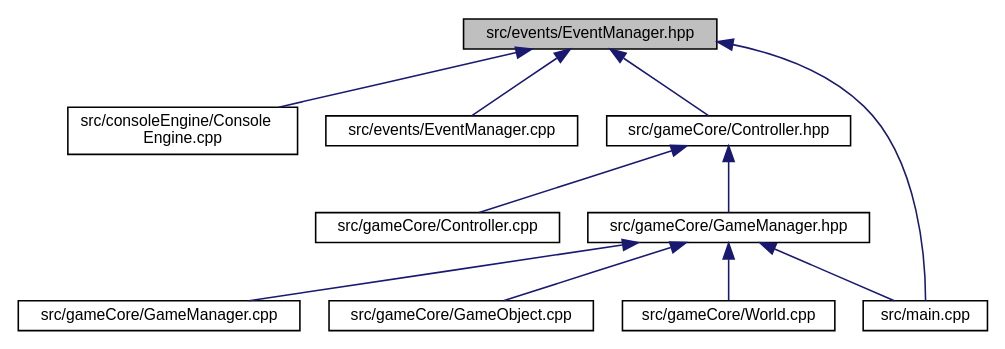
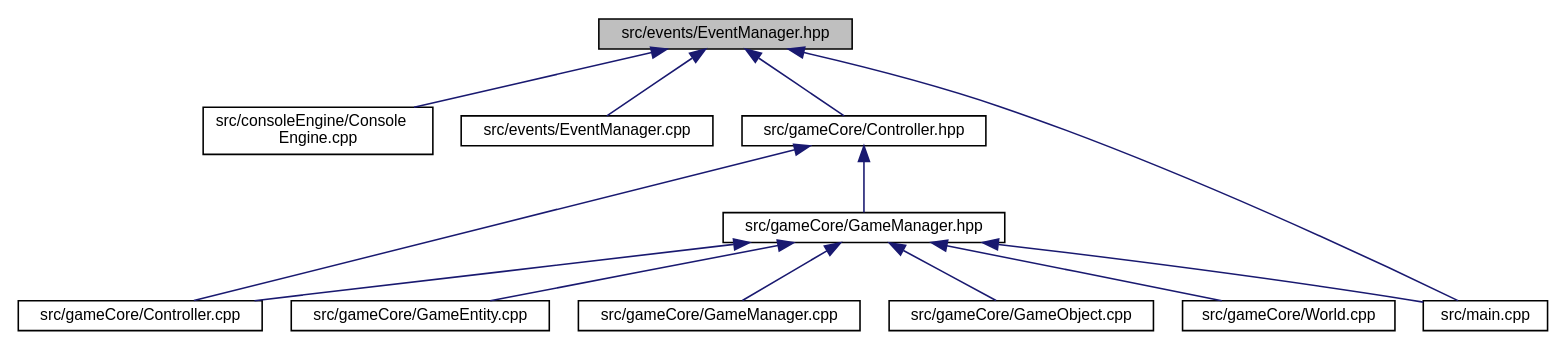
One commit to Wisteca/FilRougeDoc changed the diagram in _event_manager_8hpp__dep__incl.dot. Above: the diagram before and after it, drawn with Graphviz. The commit also changed 258 other files, not shown here.

```diff
--- a/_event_manager_8hpp__dep__incl.dot
+++ b/_event_manager_8hpp__dep__incl.dot
@@ -1,26 +1,29 @@
 digraph "src/events/EventManager.hpp"
 {
  // LATEX_PDF_SIZE
   edge [fontname="Helvetica",fontsize="10",labelfontname="Helvetica",labelfontsize="10"];
   node [fontname="Helvetica",fontsize="10",shape=record];
   Node1 [label="src/events/EventManager.hpp",height=0.2,width=0.4,color="black", fillcolor="grey75", style="filled", fontcolor="black",tooltip="Singleton that manages events processing."];
   Node1 -> Node2 [dir="back",color="midnightblue",fontsize="10",style="solid",fontname="Helvetica"];
   Node2 [label="src/consoleEngine/Console\lEngine.cpp",height=0.2,width=0.4,color="black", fillcolor="white", style="filled",URL="$_console_engine_8cpp.html",tooltip="Display really basic graphics in the console."];
   Node1 -> Node3 [dir="back",color="midnightblue",fontsize="10",style="solid",fontname="Helvetica"];
   Node3 [label="src/events/EventManager.cpp",height=0.2,width=0.4,color="black", fillcolor="white", style="filled",URL="$_event_manager_8cpp.html",tooltip="Implementation of EventManager class."];
   Node1 -> Node4 [dir="back",color="midnightblue",fontsize="10",style="solid",fontname="Helvetica"];
   Node4 [label="src/gameCore/Controller.hpp",height=0.2,width=0.4,color="black", fillcolor="white", style="filled",URL="$_controller_8hpp.html",tooltip="Controllers defines behaviors of GameObjects."];
   Node4 -> Node5 [dir="back",color="midnightblue",fontsize="10",style="solid",fontname="Helvetica"];
   Node5 [label="src/gameCore/Controller.cpp",height=0.2,width=0.4,color="black", fillcolor="white", style="filled",URL="$_controller_8cpp.html",tooltip="Controllers defines behaviors of GameObjects."];
   Node4 -> Node6 [dir="back",color="midnightblue",fontsize="10",style="solid",fontname="Helvetica"];
   Node6 [label="src/gameCore/GameManager.hpp",height=0.2,width=0.4,color="black", fillcolor="white", style="filled",URL="$_game_manager_8hpp.html",tooltip="Singleton that manage the game progress."];
+  Node6 -> Node5 [dir="back",color="midnightblue",fontsize="10",style="solid",fontname="Helvetica"];
   Node6 -> Node7 [dir="back",color="midnightblue",fontsize="10",style="solid",fontname="Helvetica"];
-  Node7 [label="src/gameCore/GameManager.cpp",height=0.2,width=0.4,color="black", fillcolor="white", style="filled",URL="$_game_manager_8cpp.html",tooltip="Manage the game progress."];
+  Node7 [label="src/gameCore/GameEntity.cpp",height=0.2,width=0.4,color="black", fillcolor="white", style="filled",URL="$_game_entity_8cpp_source.html",tooltip=" "];
   Node6 -> Node8 [dir="back",color="midnightblue",fontsize="10",style="solid",fontname="Helvetica"];
-  Node8 [label="src/gameCore/GameObject.cpp",height=0.2,width=0.4,color="black", fillcolor="white", style="filled",URL="$_game_object_8cpp.html",tooltip="Every object that have a role in the game is a subclass of GameObject."];
+  Node8 [label="src/gameCore/GameManager.cpp",height=0.2,width=0.4,color="black", fillcolor="white", style="filled",URL="$_game_manager_8cpp.html",tooltip="Manage the game progress."];
   Node6 -> Node9 [dir="back",color="midnightblue",fontsize="10",style="solid",fontname="Helvetica"];
-  Node9 [label="src/gameCore/World.cpp",height=0.2,width=0.4,color="black", fillcolor="white", style="filled",URL="$_world_8cpp.html",tooltip="The World object is a container that contains a reference on all game objects."];
+  Node9 [label="src/gameCore/GameObject.cpp",height=0.2,width=0.4,color="black", fillcolor="white", style="filled",URL="$_game_object_8cpp.html",tooltip="Every object that have a role in the game is a subclass of GameObject."];
   Node6 -> Node10 [dir="back",color="midnightblue",fontsize="10",style="solid",fontname="Helvetica"];
-  Node10 [label="src/main.cpp",height=0.2,width=0.4,color="black", fillcolor="white", style="filled",URL="$main_8cpp_source.html",tooltip=" "];
-  Node1 -> Node10 [dir="back",color="midnightblue",fontsize="10",style="solid",fontname="Helvetica"];
+  Node10 [label="src/gameCore/World.cpp",height=0.2,width=0.4,color="black", fillcolor="white", style="filled",URL="$_world_8cpp.html",tooltip="The World object is a container that contains a reference on all game objects."];
+  Node6 -> Node11 [dir="back",color="midnightblue",fontsize="10",style="solid",fontname="Helvetica"];
+  Node11 [label="src/main.cpp",height=0.2,width=0.4,color="black", fillcolor="white", style="filled",URL="$main_8cpp_source.html",tooltip=" "];
+  Node1 -> Node11 [dir="back",color="midnightblue",fontsize="10",style="solid",fontname="Helvetica"];
 }
```
